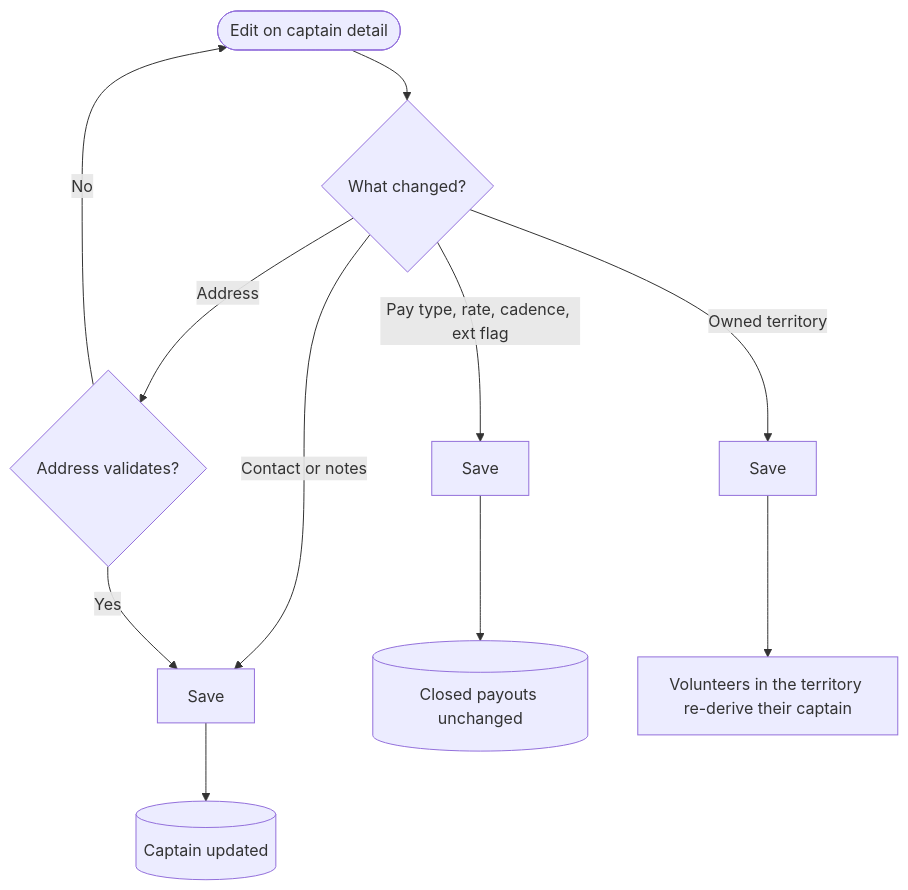
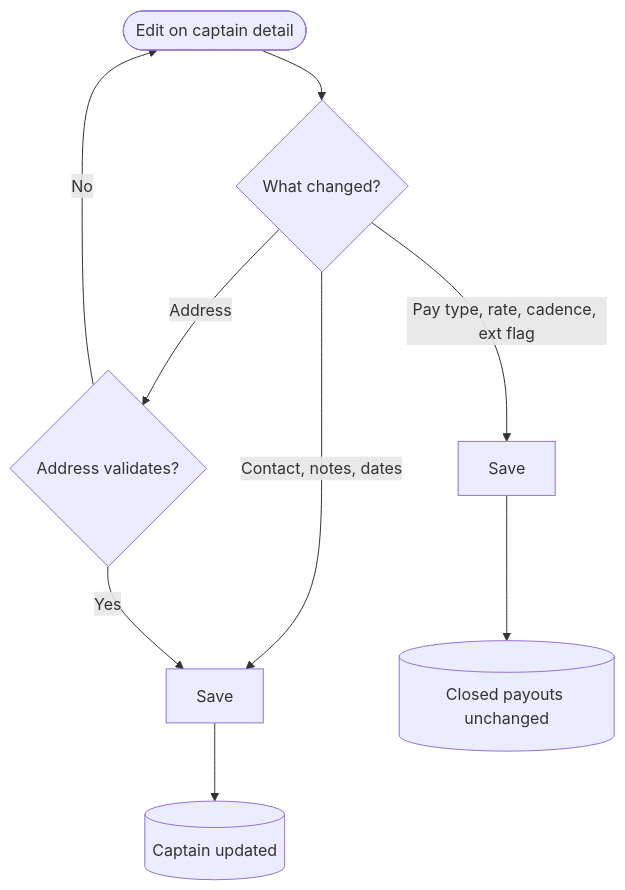
The eighth of 11 diagrams in docs/people_management_flow_v1.md (uwblueprint/beach-metro), drawn with Mermaid before and after one commit. The commit also changed other lines of this file, not shown here.

First line of the commit message:
Redefine territory as volunteers and commercial drops, captain-direct assignment, and manual-only retirement (BM-24)

````diff
--- a/docs/people_management_flow_v1.md
+++ b/docs/people_management_flow_v1.md
@@ -189,13 +192,11 @@
 ```mermaid
 flowchart TD
     Start([Edit on captain detail]) --> Field{What changed?}
-    Field -->|Contact or notes| Save[Save]
+    Field -->|Contact, notes, dates| Save[Save]
     Field -->|Address| Revalidate{Address validates?}
     Revalidate -->|No| Start
     Revalidate -->|Yes| Save
     Field -->|Pay type, rate, cadence, ext flag| SavePay[Save]
-    Field -->|Owned territory| SaveTerr[Save]
     Save --> Done[(Captain updated)]
     SavePay --> NoRetro[(Closed payouts unchanged)]
-    SaveTerr --> Rederive[Volunteers in the territory re-derive their captain]
 ```
````
